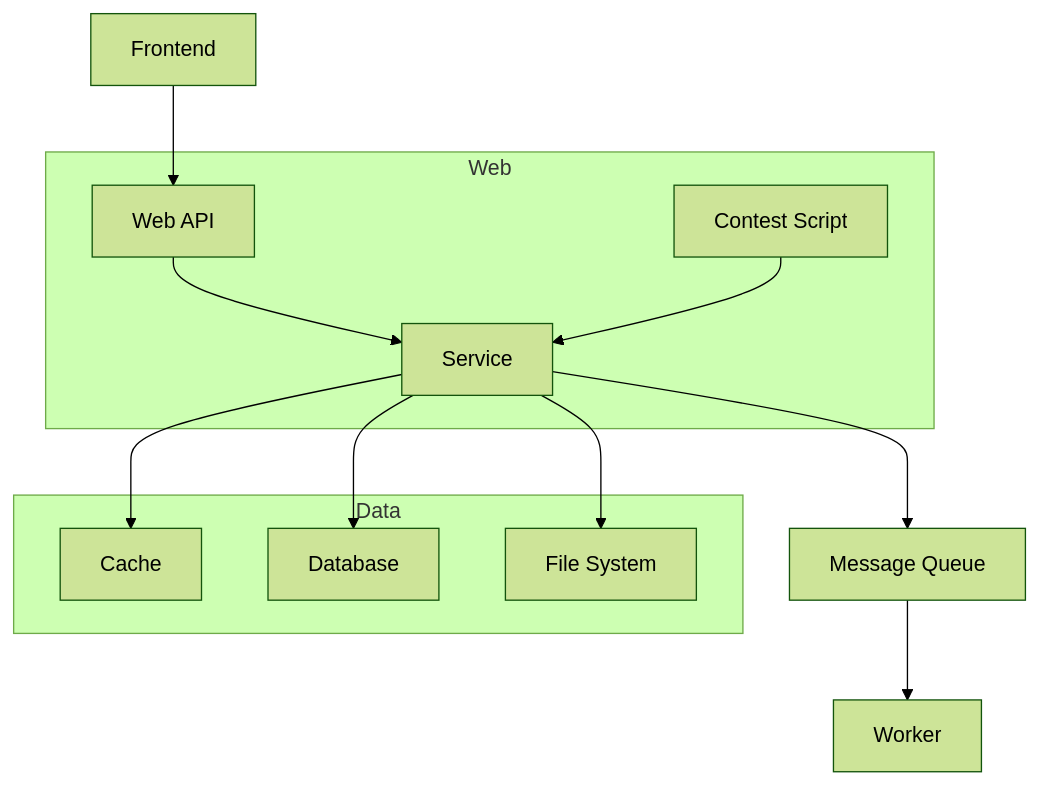
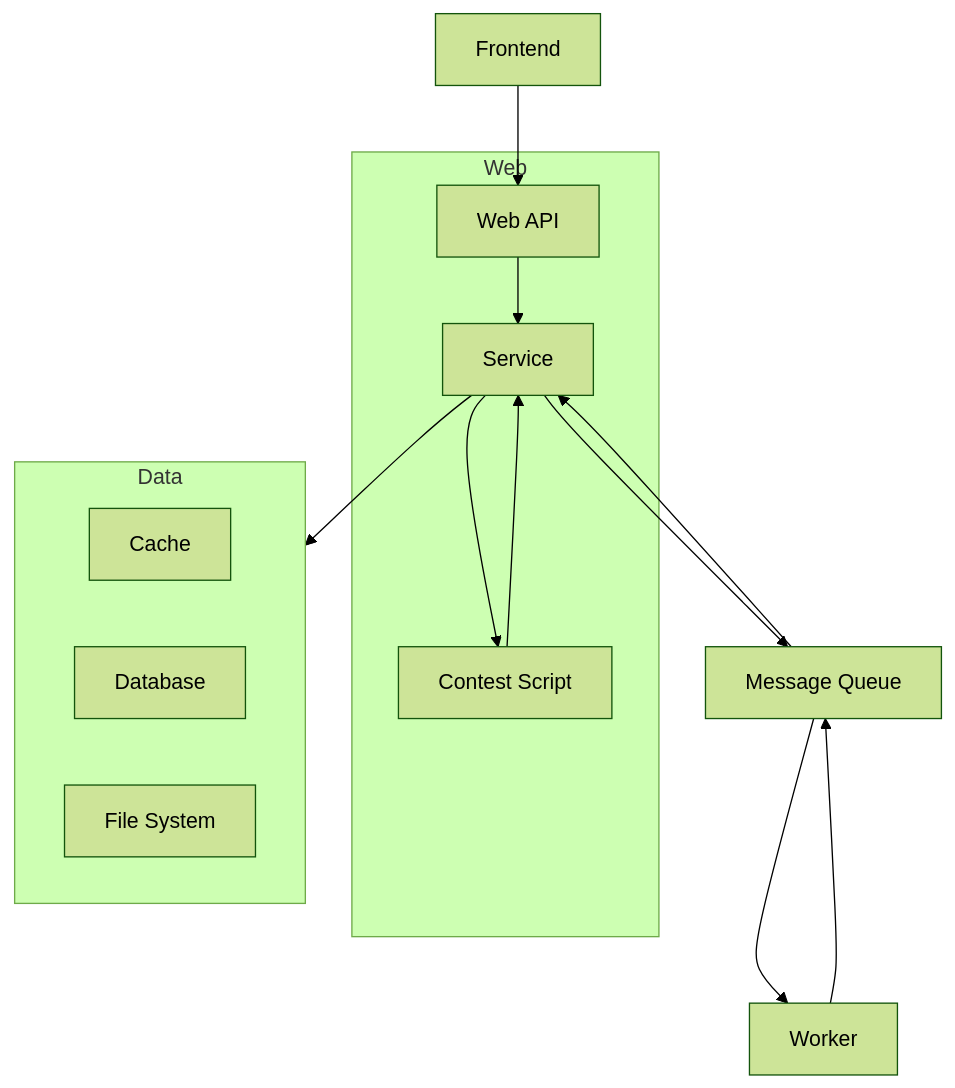
Before and after one commit to THUAI-ssast/hiper-docs: the second of 3 diagrams in docs/dev/web.zh.md, drawn with Mermaid (forest theme). The commit also changed other lines of this file and 1 other file, not shown here.

````diff
--- a/docs/dev/web.zh.md
+++ b/docs/dev/web.zh.md
@@ -40,15 +40,19 @@
 ```mermaid
 graph TD
   Frontend --> B
     subgraph Web
 		B[Web API] --> C[Service]
 		D[Contest Script] --> C
+    C --> D
     end
     C --> MQ[Message Queue]
+    MQ --> C
     MQ --> Worker
+    Worker --> MQ
+    C --> Data
     subgraph Data
-		C --> Cache
-		C --> Database
-		C --> File[File System]
+		Cache
+		Database
+		File[File System]
     end
 ```
````
